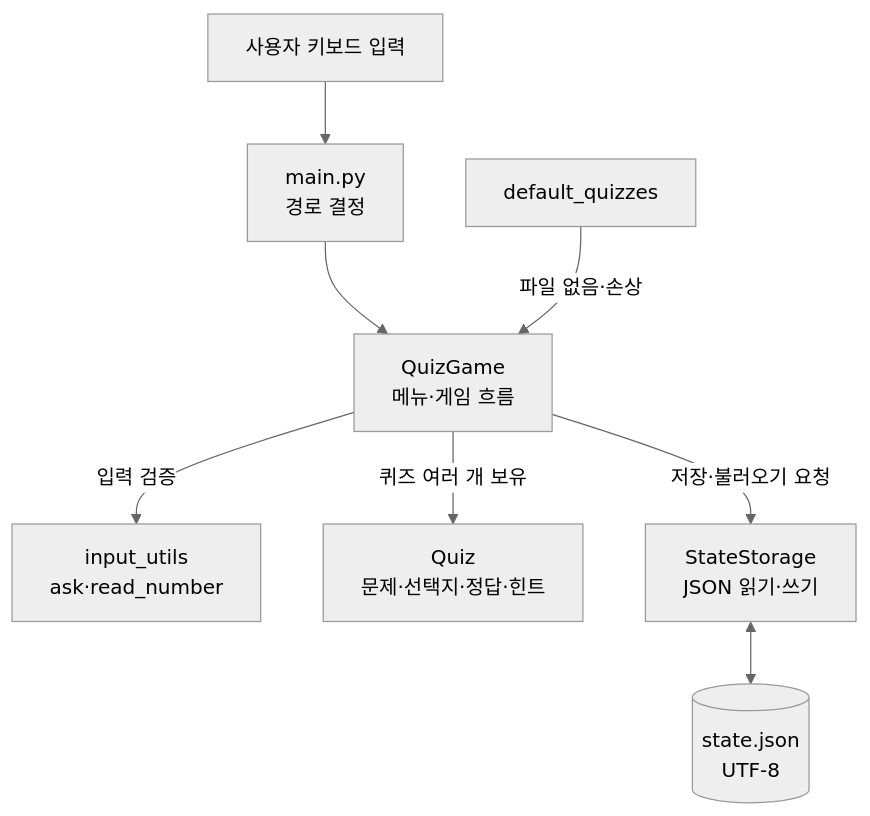
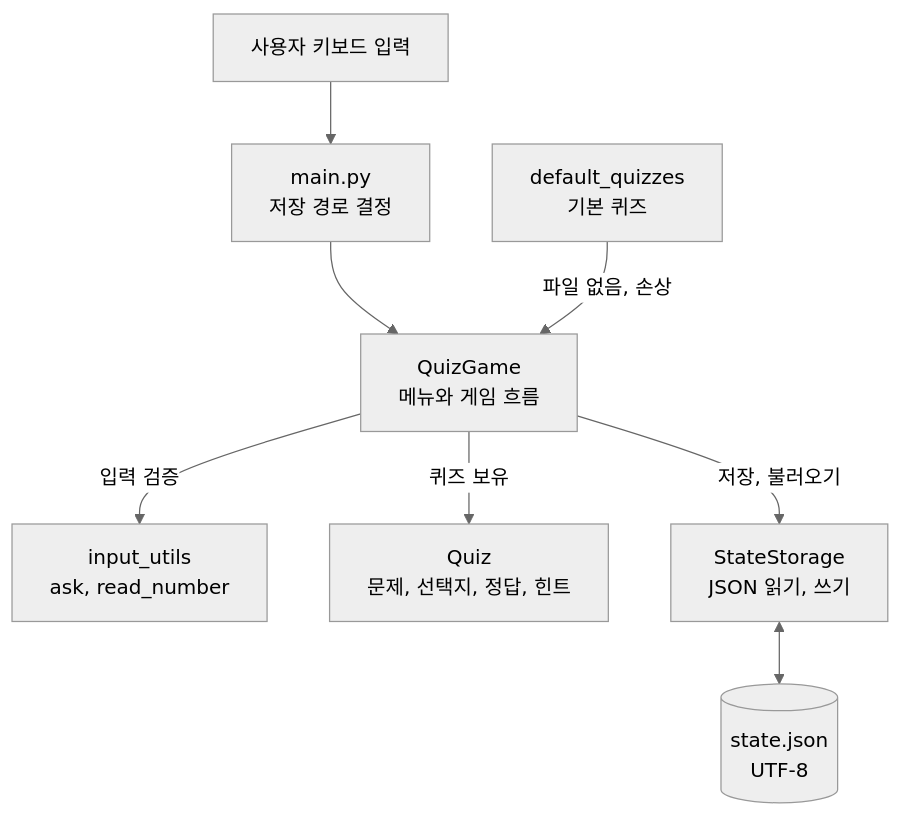
The second of 2 diagrams in README.md (ilililililil4319/E1-2), drawn with Mermaid (neutral theme) before and after one commit. The commit also changed other lines of this file, not shown here.

````diff
--- a/README.md
+++ b/README.md
@@ -239,10 +244,10 @@
 ```mermaid
 flowchart TB
-    U[사용자 키보드 입력] --> M[main.py<br/>경로 결정]
-    M --> G[QuizGame<br/>메뉴·게임 흐름]
-    G -->|입력 검증| I[input_utils<br/>ask·read_number]
-    G -->|퀴즈 여러 개 보유| Q[Quiz<br/>문제·선택지·정답·힌트]
-    G -->|저장·불러오기 요청| S[StateStorage<br/>JSON 읽기·쓰기]
-    S <--> F[(state.json<br/>UTF-8)]
-    D[default_quizzes] -->|파일 없음·손상| G
+    U["사용자 키보드 입력"] --> M["main.py<br/>저장 경로 결정"]
+    M --> G["QuizGame<br/>메뉴와 게임 흐름"]
+    G -->|입력 검증| I["input_utils<br/>ask, read_number"]
+    G -->|퀴즈 보유| Q["Quiz<br/>문제, 선택지, 정답, 힌트"]
+    G -->|저장, 불러오기| S["StateStorage<br/>JSON 읽기, 쓰기"]
+    S <--> F[("state.json<br/>UTF-8")]
+    D["default_quizzes<br/>기본 퀴즈"] -->|파일 없음, 손상| G
 ```
````
